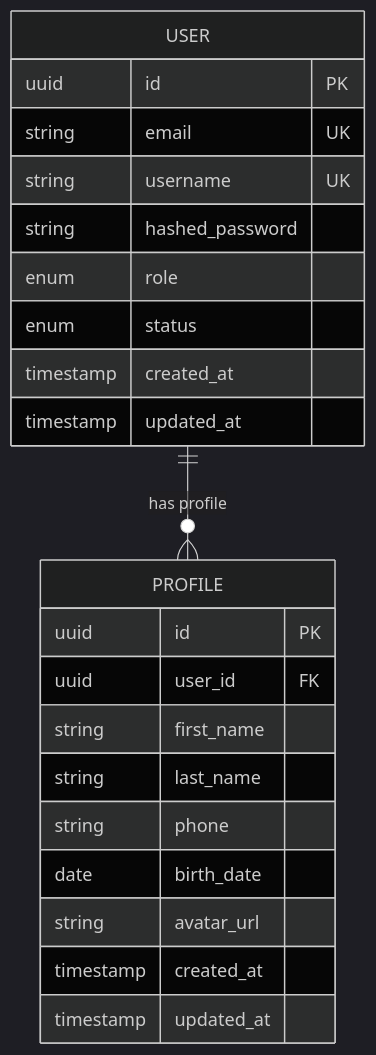
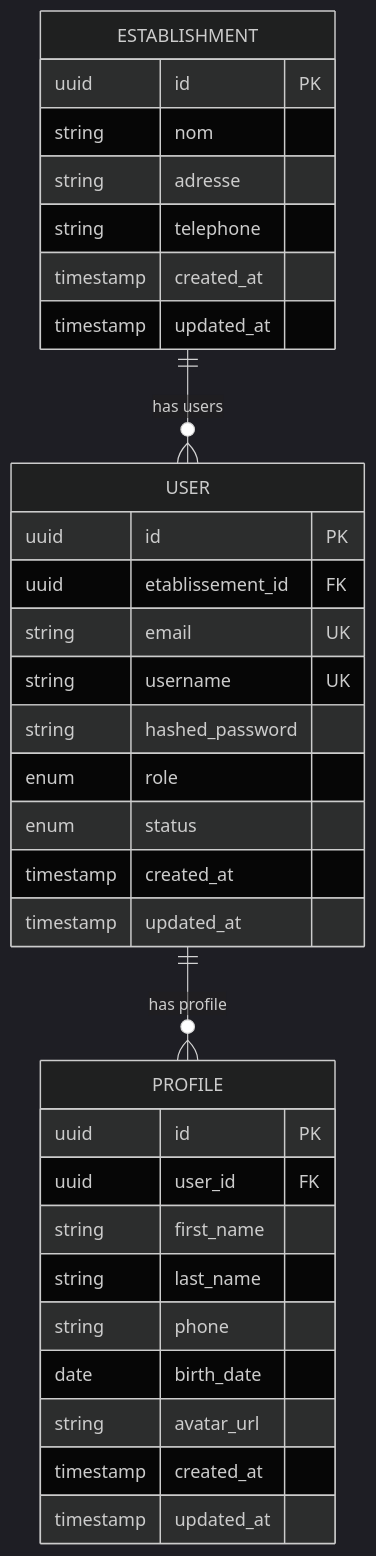
The third of 7 diagrams in .qoder/repowiki/en/content/Backend API Documentation/User Management API.md (franckylab/eLISAschool), drawn with Mermaid (dark theme) before and after one commit. The commit also changed other lines of this file and 126 other files, not shown here.

````diff
--- a/.qoder/repowiki/en/content/Backend API Documentation/User Management API.md
+++ b/.qoder/repowiki/en/content/Backend API Documentation/User Management API.md
@@ -260,25 +341,35 @@
 ```mermaid
 erDiagram
+ESTABLISHMENT {
+uuid id PK
+string nom
+string adresse
+string telephone
+timestamp created_at
+timestamp updated_at
+}
 USER {
 uuid id PK
+uuid etablissement_id FK
 string email UK
 string username UK
 string hashed_password
 enum role
 enum status
 timestamp created_at
 timestamp updated_at
 }
 PROFILE {
 uuid id PK
 uuid user_id FK
 string first_name
 string last_name
 string phone
 date birth_date
 string avatar_url
 timestamp created_at
 timestamp updated_at
 }
+ESTABLISHMENT ||--o{ USER : "has users"
 USER ||--o{ PROFILE : "has profile"
 ```
````
